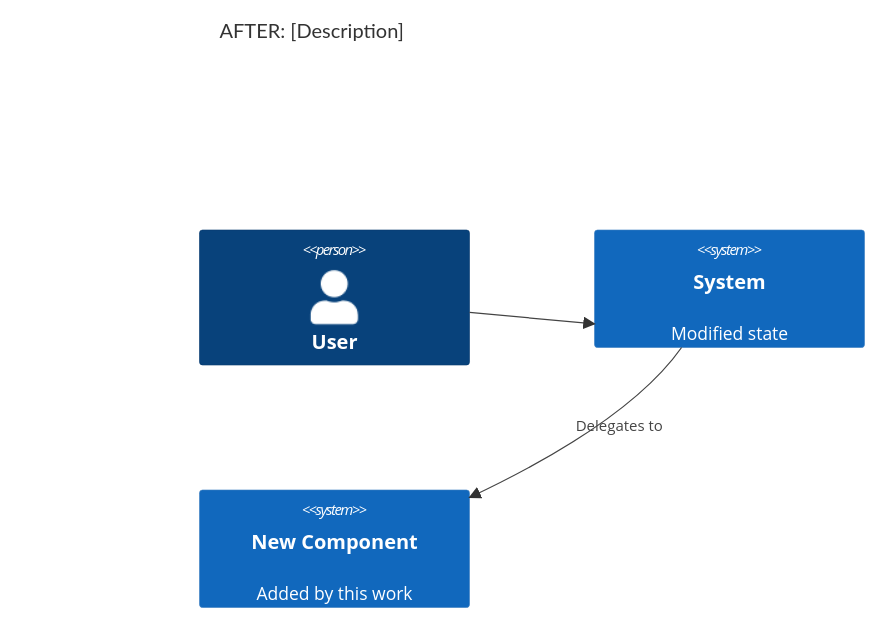
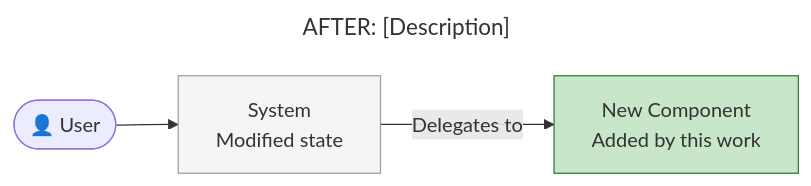
Before and after one commit to m2ux/workflow-server: the fifth of 8 diagrams in work-package/resources/19-architecture-summary.md, drawn with Mermaid. The commit also changed other lines of this file and 9 other files, not shown here.

First line of the commit message:
feat(workflows): add architecture summary and refactor activities

````diff
--- a/work-package/resources/19-architecture-summary.md
+++ b/work-package/resources/19-architecture-summary.md
@@ -119,11 +199,15 @@
 ```mermaid
-C4Context
-    title AFTER: [Description]
+---
+title: "AFTER: [Description]"
+---
+flowchart LR
+    User([👤 User])
+    Sys[System<br/>Modified state]
+    New[New Component<br/>Added by this work]
     
-    Person(user, "User", "")
-    System(sys, "System", "Modified state")
-    System(new, "New Component", "Added by this work")
+    User --> Sys
+    Sys -->|Delegates to| New
     
-    Rel(user, sys, "")
-    Rel(sys, new, "Delegates to")
+    style Sys fill:#f5f5f5,stroke:#9e9e9e
+    style New fill:#c8e6c9,stroke:#2e7d32
 ```
````
